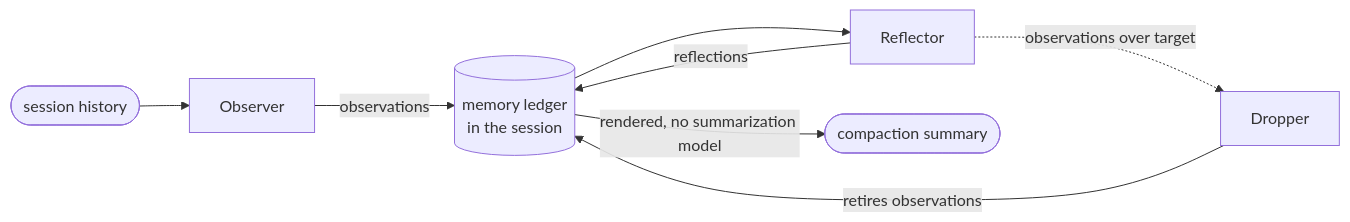
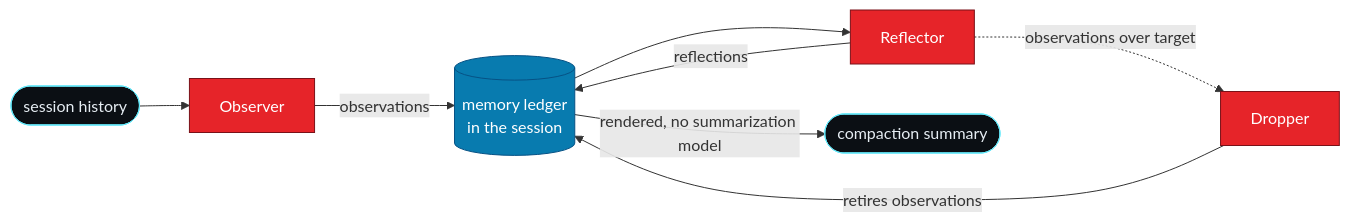
Before and after one commit to drvova/pig-observational-memory: the diagram in README.md, drawn with Mermaid. The commit also changed other lines of this file and 2 other files, not shown here.

````diff
--- a/README.md
+++ b/README.md
@@ -62,10 +70,17 @@
 ```mermaid
 flowchart LR
     S([session history]) --> O[Observer]
     O -->|observations| L[(memory ledger<br>in the session)]
     L --> R[Reflector]
     R -->|reflections| L
     R -.->|observations over target| D[Dropper]
     D -->|retires observations| L
     L -->|rendered, no summarization model| C([compaction summary])
+
+    classDef worker fill:#E62429,stroke:#7A1118,color:#FFFFFF
+    classDef ledger fill:#087BAF,stroke:#075285,color:#FFFFFF
+    classDef io fill:#0B0F14,stroke:#67E8F9,color:#E6EDF3
+    class O,R,D worker
+    class L ledger
+    class S,C io
 ```
````
